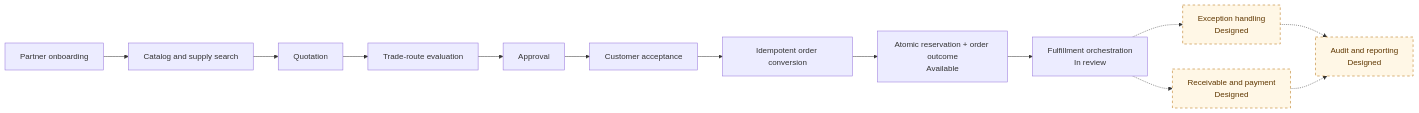
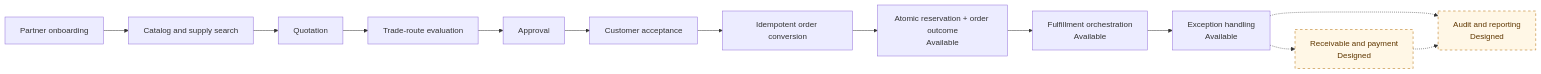
The first of 3 diagrams in README.md (RomanticHW/cellarbridge-platform), drawn with Mermaid before and after one commit. The commit also changed other lines of this file and 7 other files, not shown here.

````diff
--- a/README.md
+++ b/README.md
@@ -24,18 +24,18 @@
 ```mermaid
 flowchart LR
     A[Partner onboarding] --> B[Catalog and supply search]
     B --> C[Quotation]
     C --> D[Trade-route evaluation]
     D --> E[Approval]
     E --> F[Customer acceptance]
     F --> G[Idempotent order conversion]
     G --> H[Atomic reservation + order outcome<br/>Available]
-    H --> I[Fulfillment orchestration<br/>In review]
-    I -.-> J[Exception handling<br/>Designed]
-    I -.-> K[Receivable and payment<br/>Designed]
+    H --> I[Fulfillment orchestration<br/>Available]
+    I --> J[Exception handling<br/>Available]
+    J -.-> K[Receivable and payment<br/>Designed]
     J -.-> L[Audit and reporting<br/>Designed]
     K -.-> L
 
     classDef planned fill:#fff7e6,stroke:#b26a00,color:#5f3700,stroke-dasharray:5 5;
-    class J,K,L planned;
+    class K,L planned;
 ```
````
